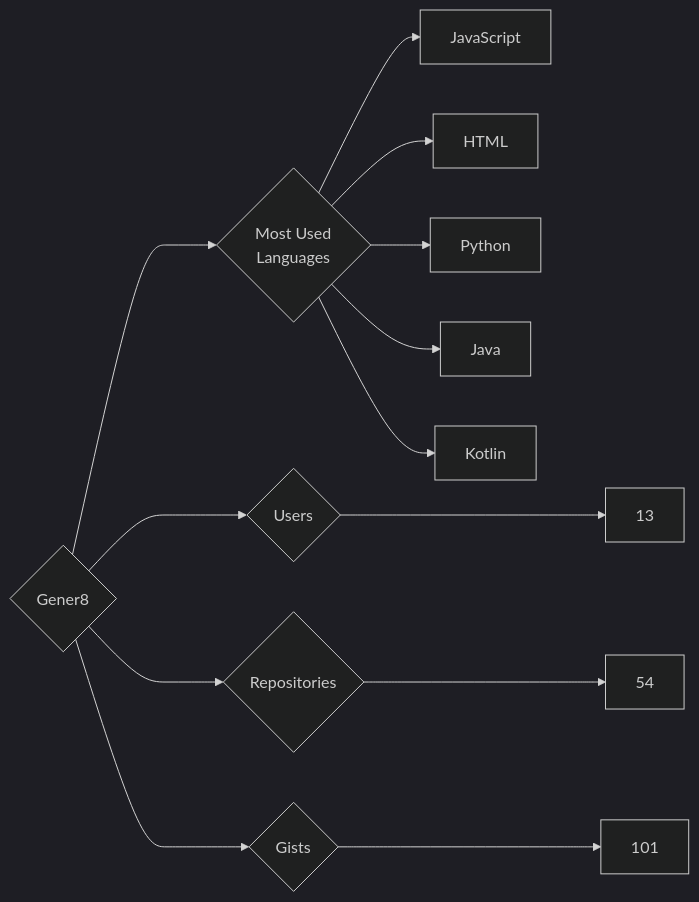
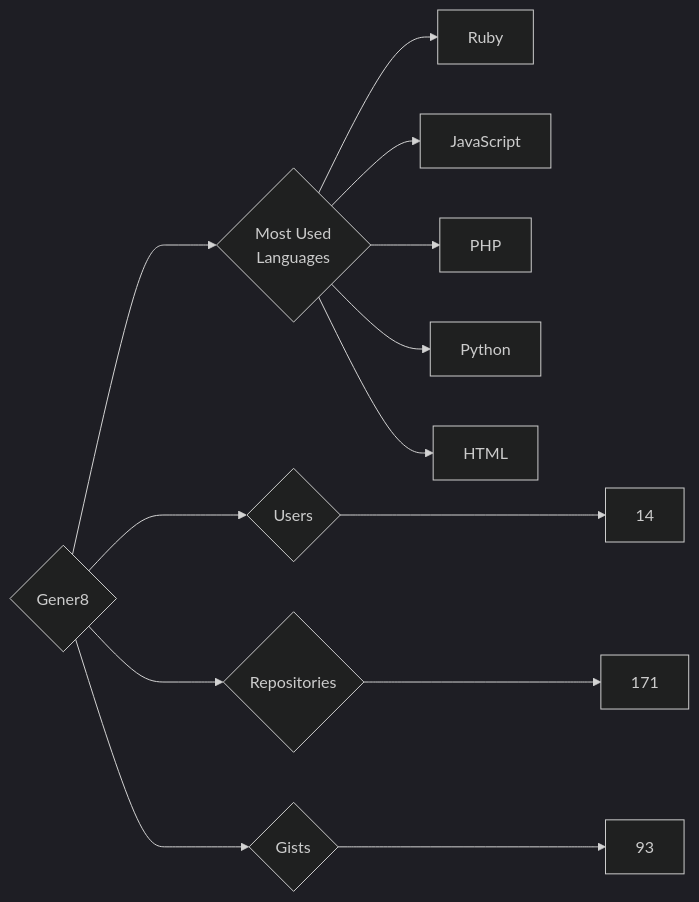
The diagram in targets/Gener8/README.md (trickest/insiders), drawn with Mermaid (dark theme) before and after one commit. The commit also changed 777 other files, not shown here.

````diff
--- a/targets/Gener8/README.md
+++ b/targets/Gener8/README.md
@@ -3,13 +3,13 @@
 ```mermaid
 graph LR
 COMPANY_NAME{Gener8}
-COMPANY_NAME ---> U{Users} ---> UN[13]
-COMPANY_NAME ---> R{Repositories} ---> RN[54]
-COMPANY_NAME ---> G{Gists} ---> GN[101]
+COMPANY_NAME ---> U{Users} ---> UN[14]
+COMPANY_NAME ---> R{Repositories} ---> RN[171]
+COMPANY_NAME ---> G{Gists} ---> GN[93]
 COMPANY_NAME ---> ML{Most Used<br>Languages}
+ML --> Ruby[Ruby]
 ML --> JavaScript[JavaScript]
+ML --> PHP[PHP]
+ML --> Python[Python]
 ML --> HTML[HTML]
-ML --> Python[Python]
-ML --> Java[Java]
-ML --> Kotlin[Kotlin]
 ```
````
